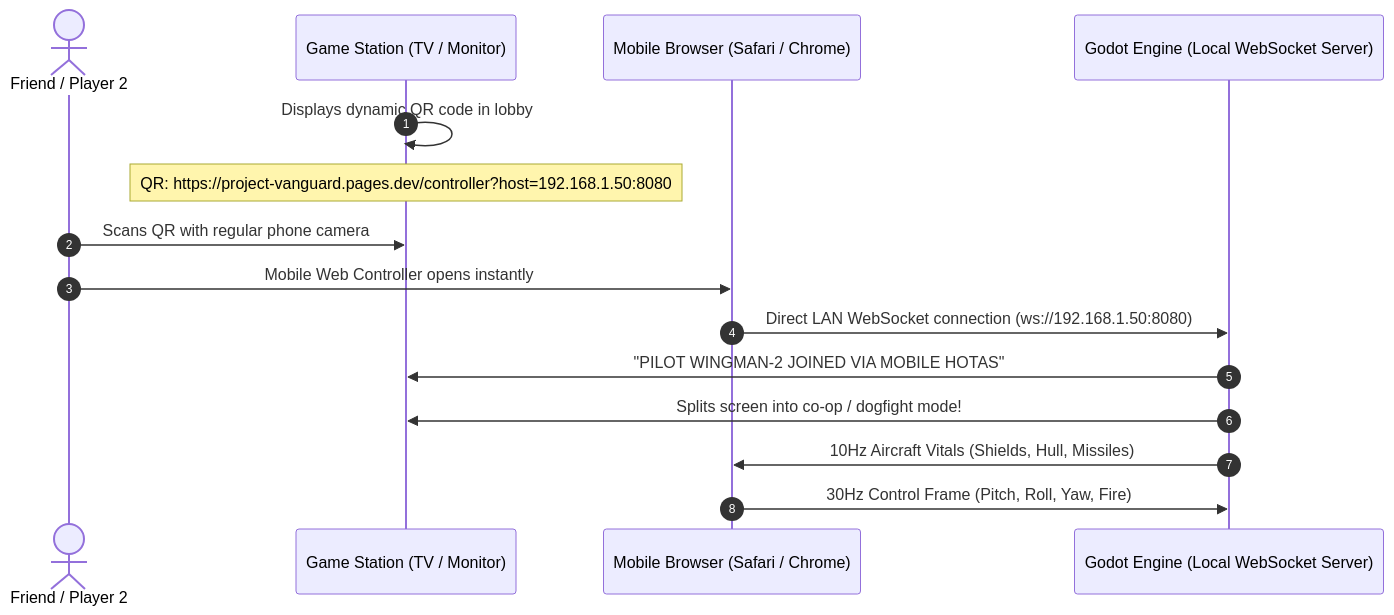
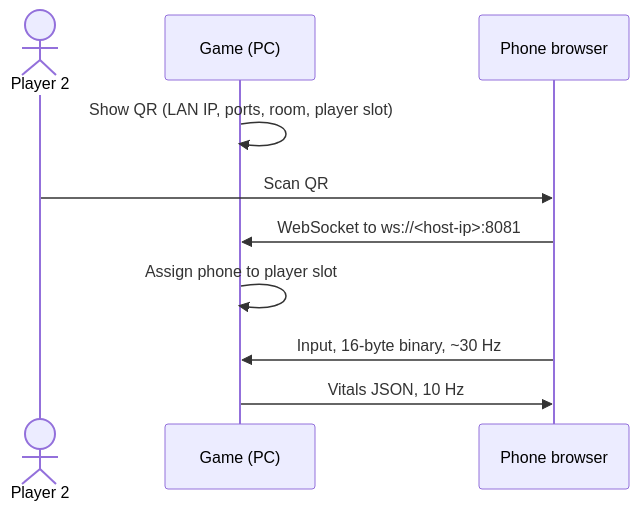
Before and after one commit to bokk3/Vanguard: the second of 2 diagrams in docs/MULTIPLAYER_AND_COOP_SYSTEM.md, drawn with Mermaid. The commit also changed other lines of this file and 63 other files, not shown here.

````diff
--- a/docs/MULTIPLAYER_AND_COOP_SYSTEM.md
+++ b/docs/MULTIPLAYER_AND_COOP_SYSTEM.md
@@ -143,18 +144,13 @@
 ```mermaid
 sequenceDiagram
-    autonumber
-    actor Wingman as Friend / Player 2
-    participant TV as Game Station (TV / Monitor)
-    participant Phone as Mobile Browser (Safari / Chrome)
-    participant Host as Godot Engine (Local WebSocket Server)
+    actor P2 as Player 2
+    participant Game as Game (PC)
+    participant Phone as Phone browser
 
-    TV->>TV: Displays dynamic QR code in lobby
-    Note over TV: QR: https://project-vanguard.pages.dev/controller?host=192.168.1.50:8080
-    Wingman->>TV: Scans QR with regular phone camera
-    Wingman->>Phone: Mobile Web Controller opens instantly
-    Phone->>Host: Direct LAN WebSocket connection (ws://192.168.1.50:8080)
-    Host->>TV: "PILOT WINGMAN-2 JOINED VIA MOBILE HOTAS"
-    Host->>TV: Splits screen into co-op / dogfight mode!
-    Host->>Phone: 10Hz Aircraft Vitals (Shields, Hull, Missiles)
-    Phone->>Host: 30Hz Control Frame (Pitch, Roll, Yaw, Fire)
+    Game->>Game: Show QR (LAN IP, ports, room, player slot)
+    P2->>Phone: Scan QR
+    Phone->>Game: WebSocket to ws://<host-ip>:8081
+    Game->>Game: Assign phone to player slot
+    Phone->>Game: Input, 16-byte binary, ~30 Hz
+    Game->>Phone: Vitals JSON, 10 Hz
 ```
````
